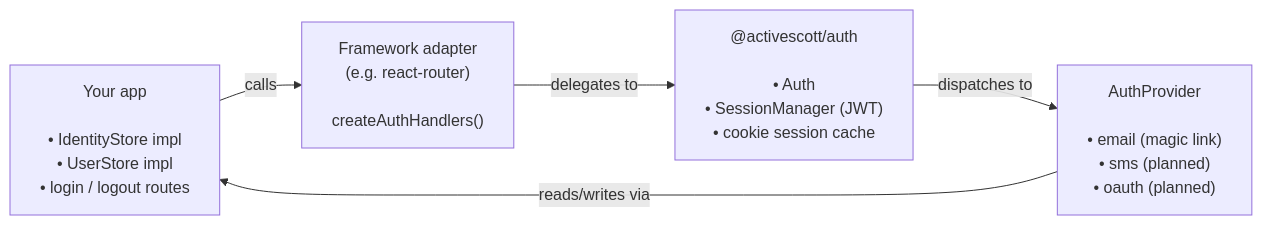
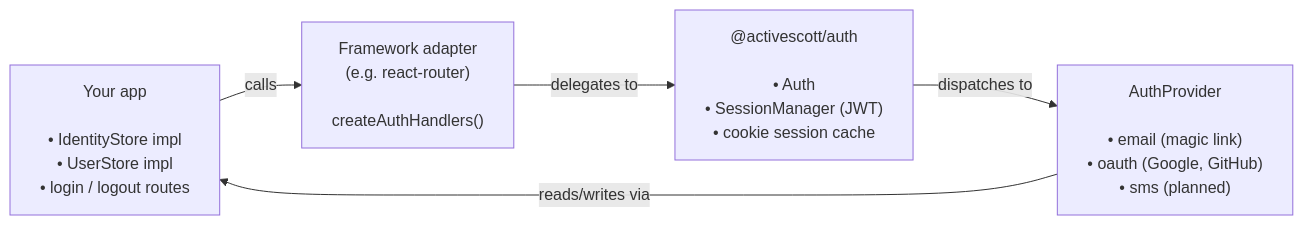
Before and after one commit to activescott/auth: the diagram in README.md, drawn with Mermaid. The commit also changed other lines of this file, not shown here.

Commit message:
docs: update root README — OAuth implemented, add auth-provider-oauth package

````diff
--- a/README.md
+++ b/README.md
@@ -30,12 +31,12 @@
 ```mermaid
 flowchart LR
     app["Your app<br/><br/>• IdentityStore impl<br/>• UserStore impl<br/>• login / logout routes"]
     adapter["Framework adapter<br/>(e.g. react-router)<br/><br/>createAuthHandlers()"]
     core["@activescott/auth<br/><br/>• Auth<br/>• SessionManager (JWT)<br/>• cookie session cache"]
-    providers["AuthProvider<br/><br/>• email (magic link)<br/>• sms (planned)<br/>• oauth (planned)"]
+    providers["AuthProvider<br/><br/>• email (magic link)<br/>• oauth (Google, GitHub)<br/>• sms (planned)"]
 
     app -- "calls" --> adapter
     adapter -- "delegates to" --> core
     core -- "dispatches to" --> providers
     providers -- "reads/writes via" --> app
 ```
````
